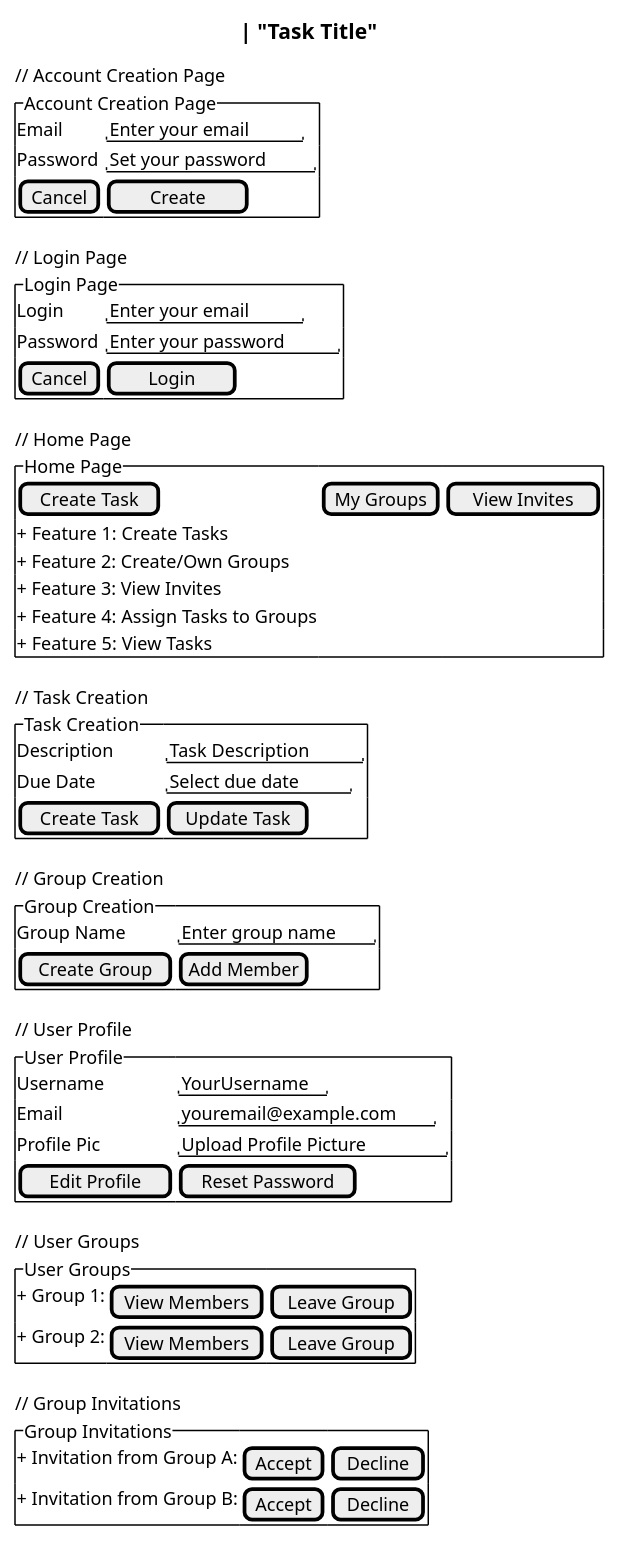
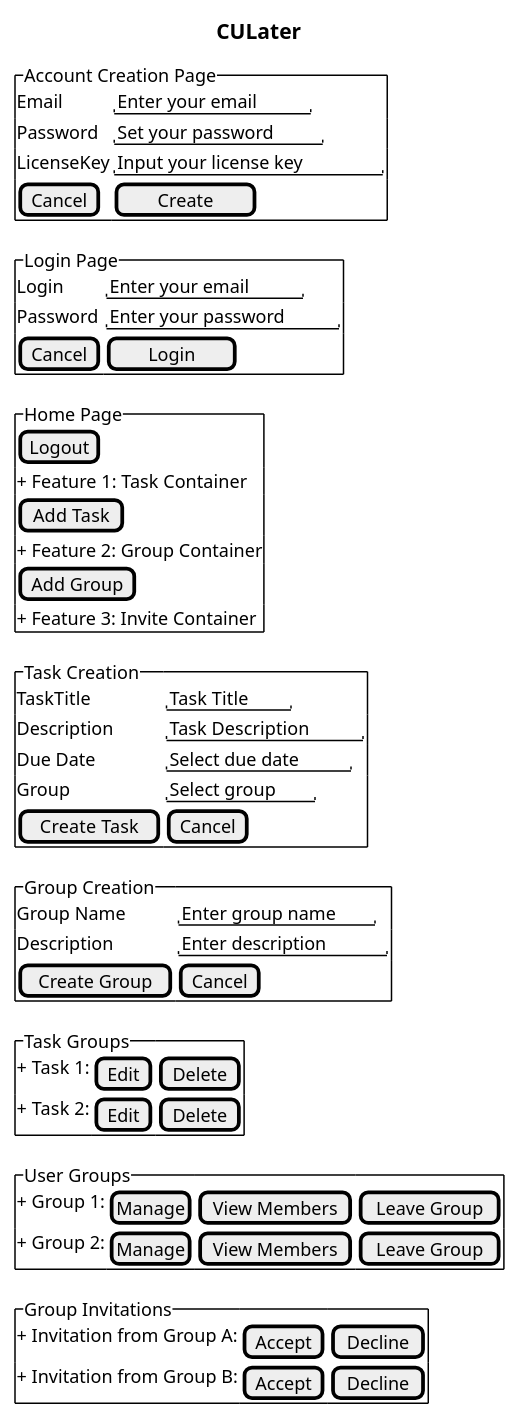
One commit to OmerEgeOzyaba/CSCI3100-project changed the diagram in documentation/Design_Implementation/user_interface_wireframe_design.puml. Above: the diagram before and after it, drawn with PlantUML. The commit also changed 2 other files, not shown here.

```diff
--- a/documentation/Design_Implementation/user_interface_wireframe_design.puml
+++ b/documentation/Design_Implementation/user_interface_wireframe_design.puml
@@ -1,63 +1,56 @@
 @startsalt
 {
   Title CULater
 
-  // Account Creation Page
     {^Account Creation Page
       Email    | "Enter your email"
       Password | "Set your password"
+      LicenseKey | "Input your license key"
       [Cancel] | [  Create   ]
     }
 
-  // Login Page
   {^Login Page
     Login    | "Enter your email"
     Password | "Enter your password"
     [Cancel] | [  Login   ]
   }
 
-  // Home Page
   {^Home Page
-    [Create Task] | [My Groups] | [View Invites]
-    + Feature 1: Create Tasks
-    + Feature 2: Create/Own Groups
-    + Feature 3: View Invites
-    + Feature 4: Assign Tasks to Groups
-    + Feature 5: View Tasks
+[Logout]
+    + Feature 1: Task Container
+[Add Task]
+    + Feature 2: Group Container
+[Add Group]
+    + Feature 3: Invite Container
   }
 
-  // Task Creation
   {^Task Creation
-    Title       | "Task Title"
+    TaskTitle       | "Task Title"
     Description | "Task Description"
     Due Date    | "Select due date"
-    [Create Task] | [Update Task]
+Group    | "Select group"
+    [Create Task] | [Cancel]
   }
 
-  // Group Creation
   {^Group Creation
     Group Name | "Enter group name"
-    [Create Group] | [Add Member]
+Description | "Enter description"
+    [Create Group] | [Cancel]
   }
 
-  // User Profile
-  {^User Profile
-    Username      | "YourUsername"
-    Email         | "youremail@example.com"
-    Profile Pic   | "Upload Profile Picture"
-    [Edit Profile] | [Reset Password]
+{^Task Groups
+    + Task 1: |[Edit] | [Delete]
+    + Task 2: |[Edit] | [Delete]
   }
 
-  // User Groups
   {^User Groups
-    + Group 1: | [View Members] | [Leave Group]
-    + Group 2: | [View Members] | [Leave Group]
+    + Group 1: |[Manage] | [View Members] | [Leave Group]
+    + Group 2: |[Manage] | [View Members] | [Leave Group]
   }
 
-  // Group Invitations
   {^Group Invitations
     + Invitation from Group A: | [Accept] | [Decline]
     + Invitation from Group B: | [Accept] | [Decline]
   }
 }
 @endsalt
```
